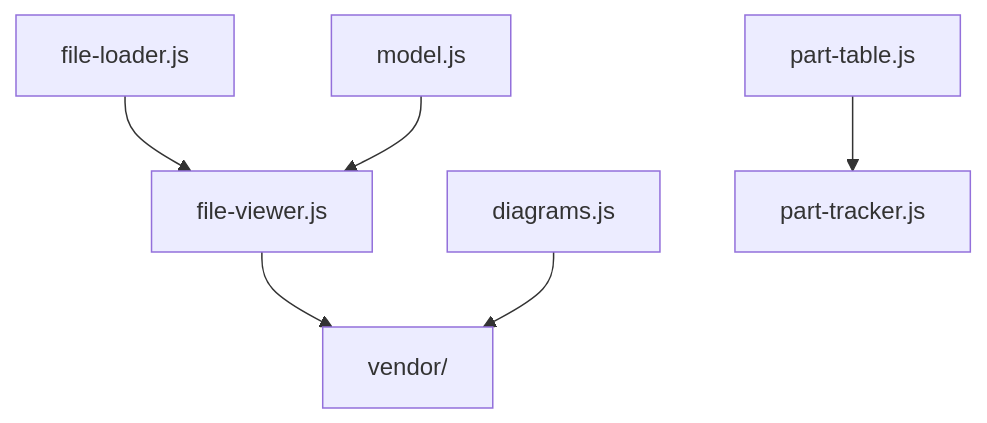
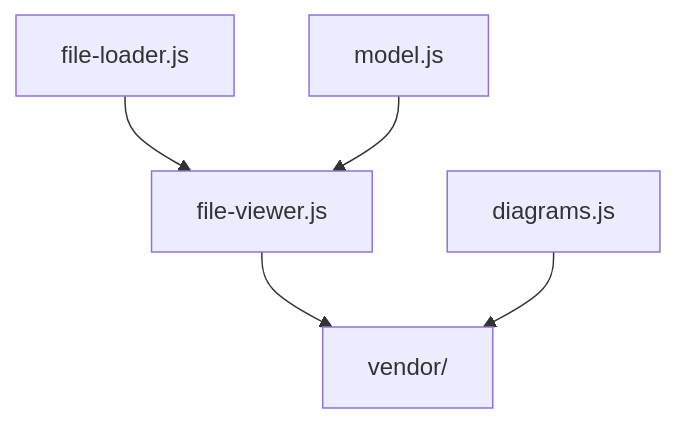
The first of 2 diagrams in software/cadagent/webkit/README.md (Valpatel/cad-agent), drawn with Mermaid before and after one commit. The commit also changed other lines of this file and 26 other files, not shown here.

Commit message:
docs(repo): make published folder diagrams readable across screen sizes

````diff
--- a/software/cadagent/webkit/README.md
+++ b/software/cadagent/webkit/README.md
@@ -62,9 +64,13 @@
 ```mermaid
 flowchart TD
-    L["file-loader.js"] --> V["file-viewer.js"]
-    V --> P["vendor/"]
-    M["model.js"] --> V
-    D["diagrams.js"] --> P
-    T["part-table.js"] --> S["part-tracker.js"]
+    L["file-loader.js"]
+    V["file-viewer.js"]
+    P["vendor/"]
+    M["model.js"]
+    D["diagrams.js"]
+    L --> V
+    V --> P
+    M --> V
+    D --> P
     classDef here fill:#fffdf5,stroke:#173d3c,color:#173d3c
 ```
````
